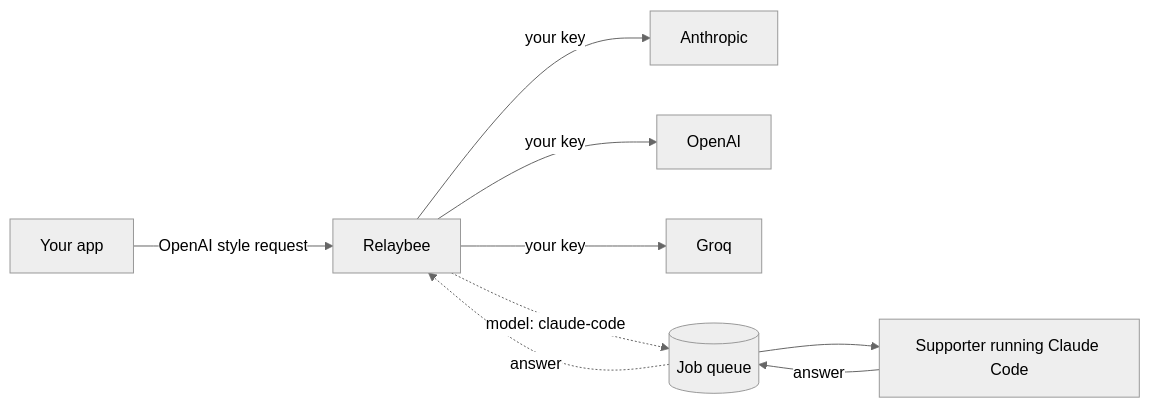
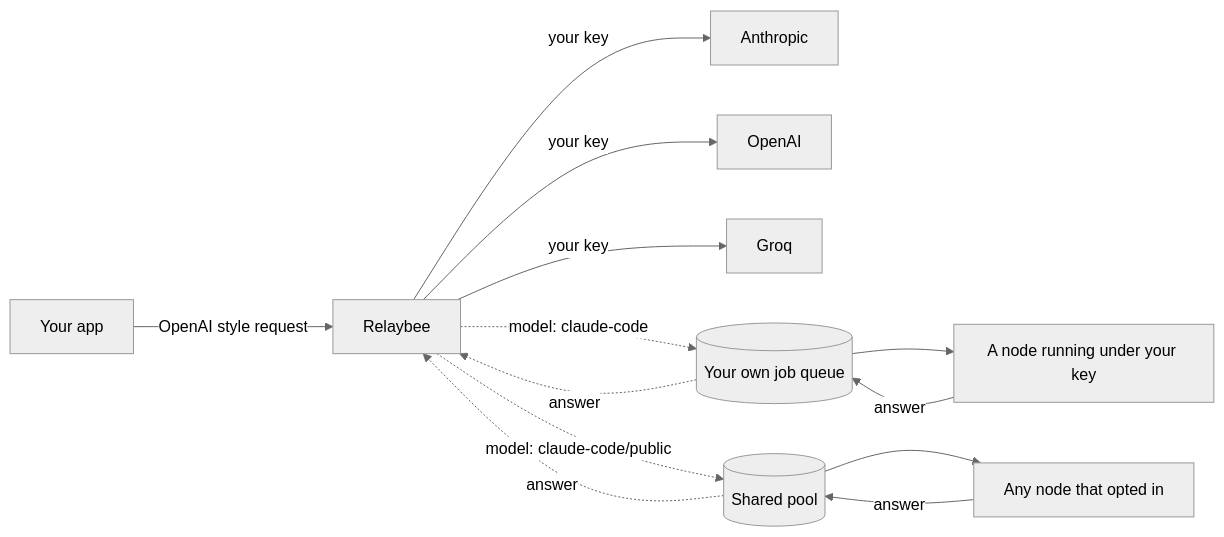
One commit to EnesYilmazcode/relaybee changed the second of 2 diagrams in README.md. Above: the diagram before and after it, drawn with Mermaid (neutral theme). The commit also changed other lines of this file and 18 other files, not shown here.

````diff
--- a/README.md
+++ b/README.md
@@ -168,11 +181,15 @@
 ```mermaid
 flowchart LR
   A[Your app] -->|OpenAI style request| F[Relaybee]
   F -->|your key| P1[Anthropic]
   F -->|your key| P2[OpenAI]
   F -->|your key| P3[Groq]
-  F -.->|model: claude-code| Q[(Job queue)]
-  Q --> S[Supporter running Claude Code]
+  F -.->|model: claude-code| Q[(Your own job queue)]
+  Q --> S[A node running under your key]
   S -->|answer| Q
   Q -.->|answer| F
+  F -.->|model: claude-code/public| PQ[(Shared pool)]
+  PQ --> PS[Any node that opted in]
+  PS -->|answer| PQ
+  PQ -.->|answer| F
 ```
````
